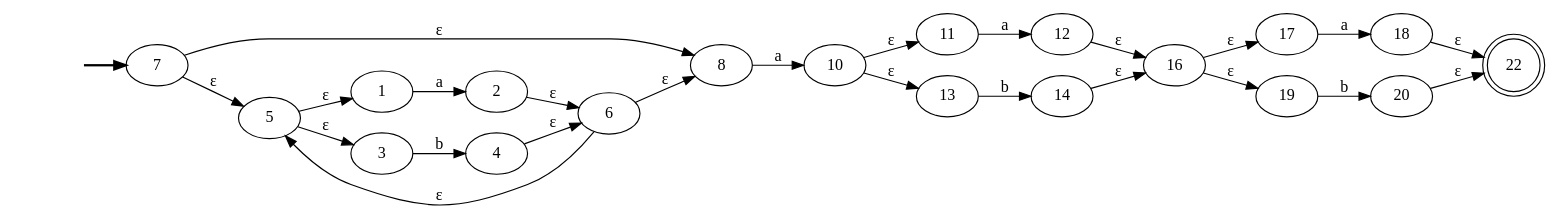
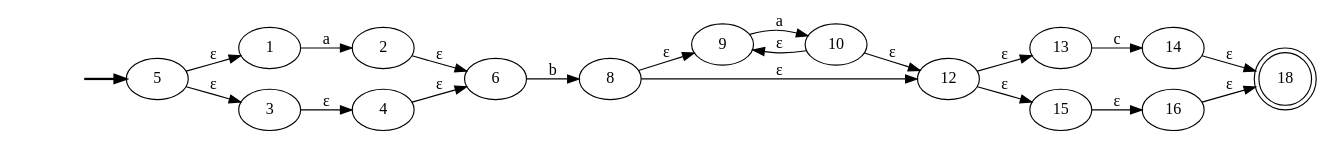
The diagram in Pre-laboratorio B/AFN#5PreLabB.gv (bar20807/CompiladorProyect), drawn with Graphviz before and after one commit. The commit also changed 9 other files, not shown here.

```diff
--- a/Pre-laboratorio B/AFN#5PreLabB.gv
+++ b/Pre-laboratorio B/AFN#5PreLabB.gv
@@ -1,65 +1,52 @@
 digraph "AFN#5PreLabB" {
 	graph [rankdir=LR]
 	fake [style=invisible]
-	fake -> 7 [style=bold]
-	7 [root=true]
-	8
-	7 -> 8 [label="ε"]
-	5
-	7 -> 5 [label="ε"]
-	8
-	10
-	8 -> 10 [label=a]
-	5
+	fake -> 5 [style=bold]
+	5 [root=true]
 	1
 	5 -> 1 [label="ε"]
 	3
 	5 -> 3 [label="ε"]
-	10
-	11
-	10 -> 11 [label="ε"]
-	13
-	10 -> 13 [label="ε"]
 	1
 	2
 	1 -> 2 [label=a]
 	3
 	4
-	3 -> 4 [label=b]
-	11
-	12
-	11 -> 12 [label=a]
-	13
-	14
-	13 -> 14 [label=b]
+	3 -> 4 [label="ε"]
 	2
 	6
 	2 -> 6 [label="ε"]
 	4
 	4 -> 6 [label="ε"]
+	6
+	8
+	6 -> 8 [label=b]
+	8
+	9
+	8 -> 9 [label="ε"]
 	12
+	8 -> 12 [label="ε"]
+	9
+	10
+	9 -> 10 [label=a]
+	12
+	13
+	12 -> 13 [label="ε"]
+	15
+	12 -> 15 [label="ε"]
+	10
+	10 -> 9 [label="ε"]
+	10 -> 12 [label="ε"]
+	13
+	14
+	13 -> 14 [label=c]
+	15
 	16
-	12 -> 16 [label="ε"]
+	15 -> 16 [label="ε"]
 	14
-	14 -> 16 [label="ε"]
-	6
-	6 -> 8 [label="ε"]
-	6 -> 5 [label="ε"]
+	18 [shape=doublecircle]
+	14 -> 18 [label="ε"]
 	16
-	17
-	16 -> 17 [label="ε"]
-	19
-	16 -> 19 [label="ε"]
-	17
-	18
-	17 -> 18 [label=a]
-	19
-	20
-	19 -> 20 [label=b]
-	18
-	22 [shape=doublecircle]
-	18 -> 22 [label="ε"]
-	20
-	20 -> 22 [label="ε"]
-	22 [shape=doublecircle]
+	16 -> 18 [label="ε"]
+	18 [shape=doublecircle]
 }
```
